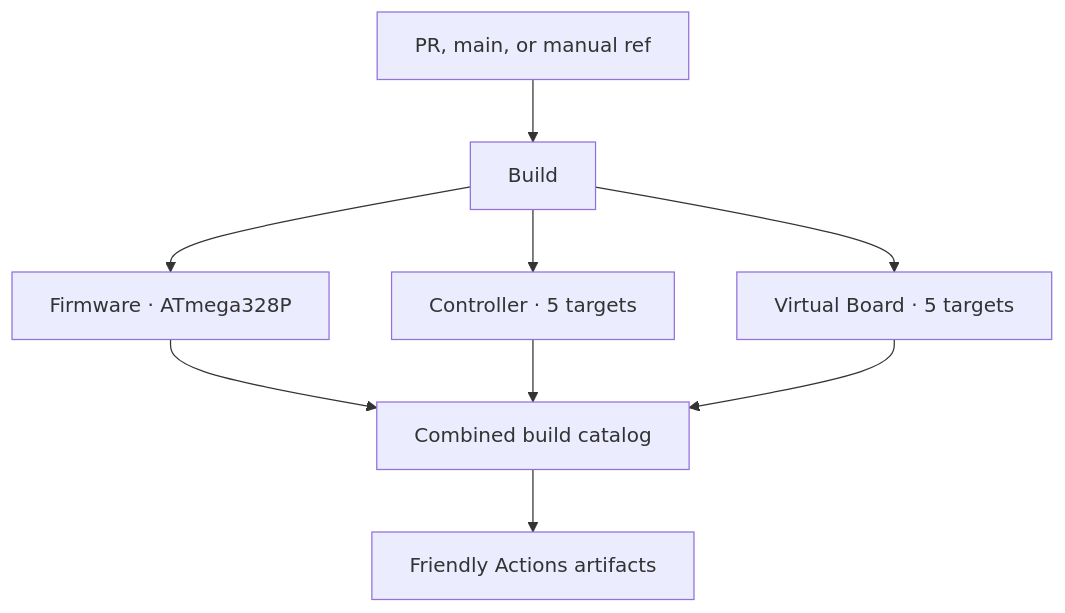
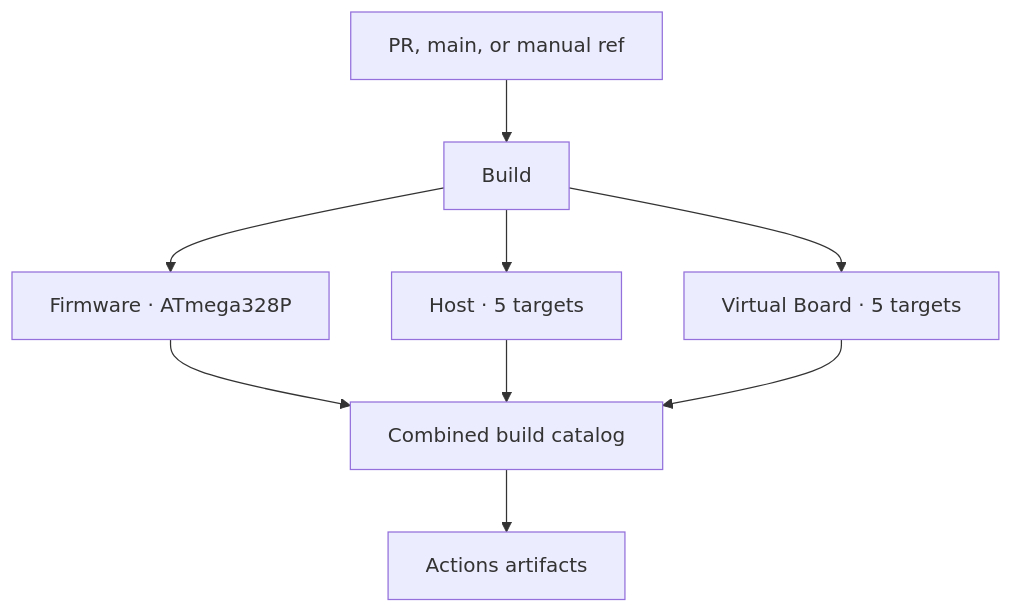
The diagram in docs/CI-CD-and-Releases.md (atomicdeploy/PCController), drawn with Mermaid before and after one commit. The commit also changed other lines of this file and 18 other files, not shown here.

````diff
--- a/docs/CI-CD-and-Releases.md
+++ b/docs/CI-CD-and-Releases.md
@@ -32,11 +30,11 @@
 ```mermaid
 flowchart TD
     T["PR, main, or manual ref"] --> B["Build"]
     B --> F["Firmware · ATmega328P"]
-    B --> H["Controller · 5 targets"]
+    B --> H["Host · 5 targets"]
     B --> V["Virtual Board · 5 targets"]
     F --> C["Combined build catalog"]
     H --> C
     V --> C
-    C --> A["Friendly Actions artifacts"]
+    C --> A["Actions artifacts"]
 ```
````
